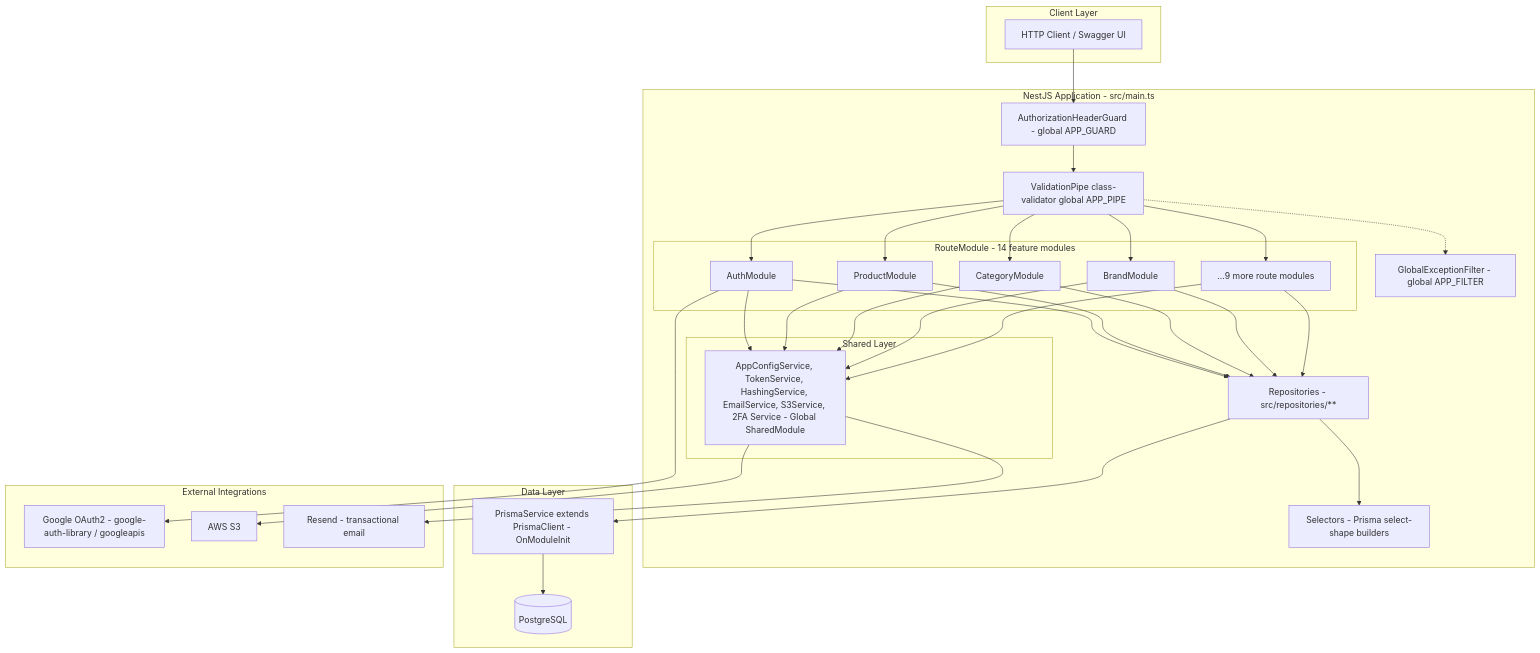
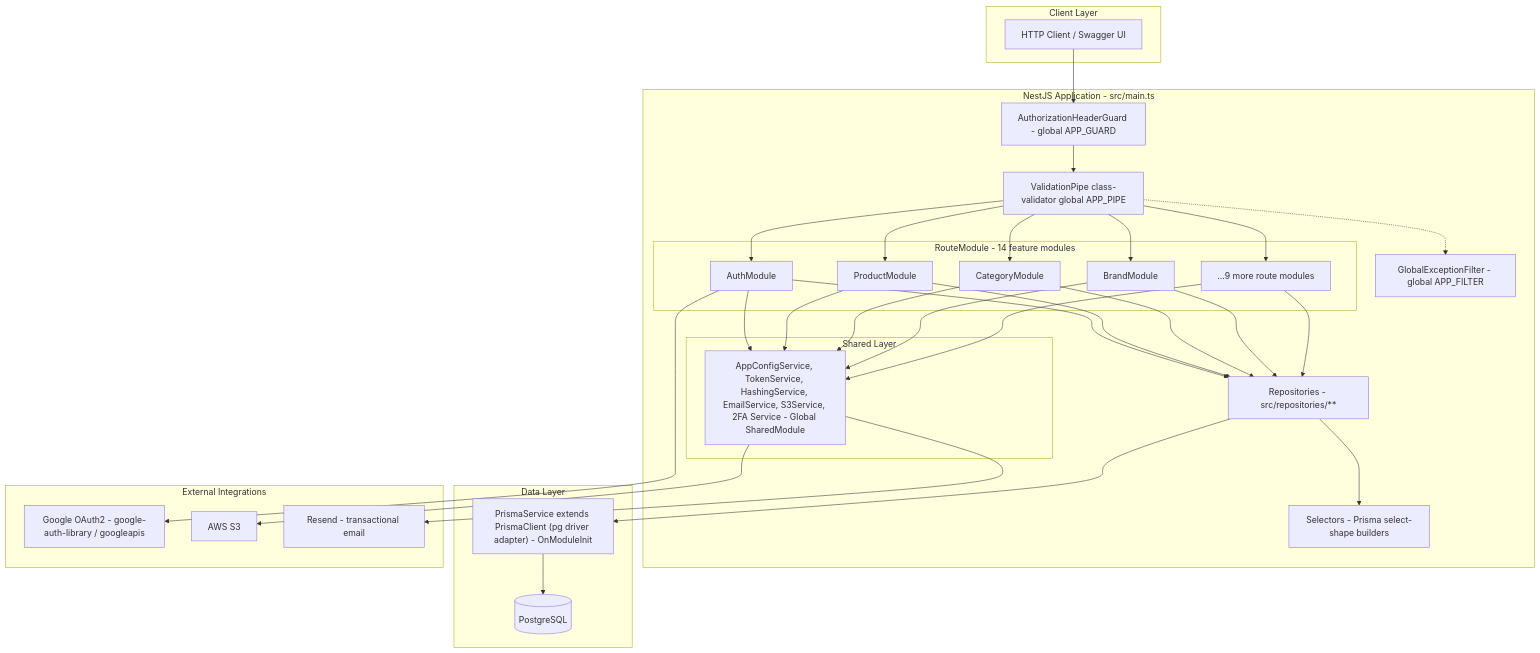
One commit to dangxuanthangqt/ecom changed the first of 5 diagrams in docs/system/architecture.md. Above: the diagram before and after it, drawn with Mermaid. The commit also changed other lines of this file and 193 other files, not shown here.

````diff
--- a/docs/system/architecture.md
+++ b/docs/system/architecture.md
@@ -7,42 +7,42 @@
 ```mermaid
 graph TB
     subgraph "Client Layer"
         CLIENT["HTTP Client / Swagger UI"]
     end
     subgraph "NestJS Application - src/main.ts"
         GUARD["AuthorizationHeaderGuard - global APP_GUARD"]
         PIPE["ValidationPipe class-validator global APP_PIPE"]
         FILTER["GlobalExceptionFilter - global APP_FILTER"]
         subgraph "RouteModule - 14 feature modules"
             AUTH["AuthModule"]
             PRODUCT["ProductModule"]
             CATEGORY["CategoryModule"]
             BRAND["BrandModule"]
             OTHERS["...9 more route modules"]
         end
         subgraph "Shared Layer"
             SERVICES["AppConfigService, TokenService, HashingService, EmailService, S3Service, 2FA Service - Global SharedModule"]
         end
         REPO["Repositories - src/repositories/**"]
         SELECTOR["Selectors - Prisma select-shape builders"]
     end
     subgraph "Data Layer"
-        PRISMA["PrismaService extends PrismaClient - OnModuleInit"]
+        PRISMA["PrismaService extends PrismaClient (pg driver adapter) - OnModuleInit"]
         PG[("PostgreSQL")]
     end
     subgraph "External Integrations"
         GOOGLE["Google OAuth2 - google-auth-library / googleapis"]
         S3["AWS S3"]
         RESEND["Resend - transactional email"]
     end
 
     CLIENT --> GUARD --> PIPE --> AUTH & PRODUCT & CATEGORY & BRAND & OTHERS
     AUTH & PRODUCT & CATEGORY & BRAND & OTHERS --> SERVICES
     AUTH & PRODUCT & CATEGORY & BRAND & OTHERS --> REPO
     REPO --> SELECTOR
     REPO --> PRISMA --> PG
     AUTH --> GOOGLE
     SERVICES --> S3
     SERVICES --> RESEND
     PIPE -.-> FILTER
 ```
````
